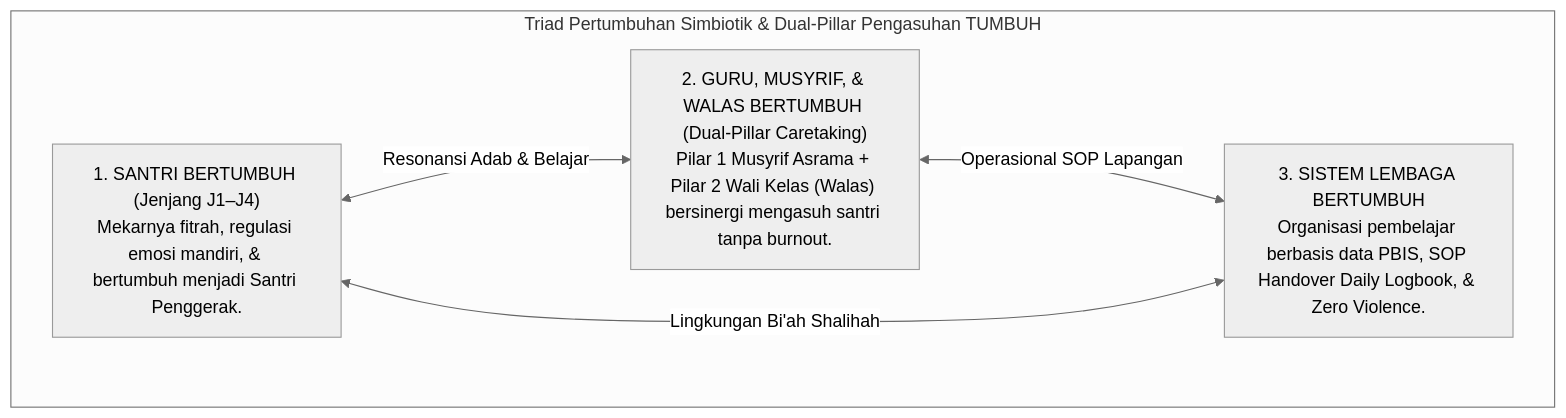
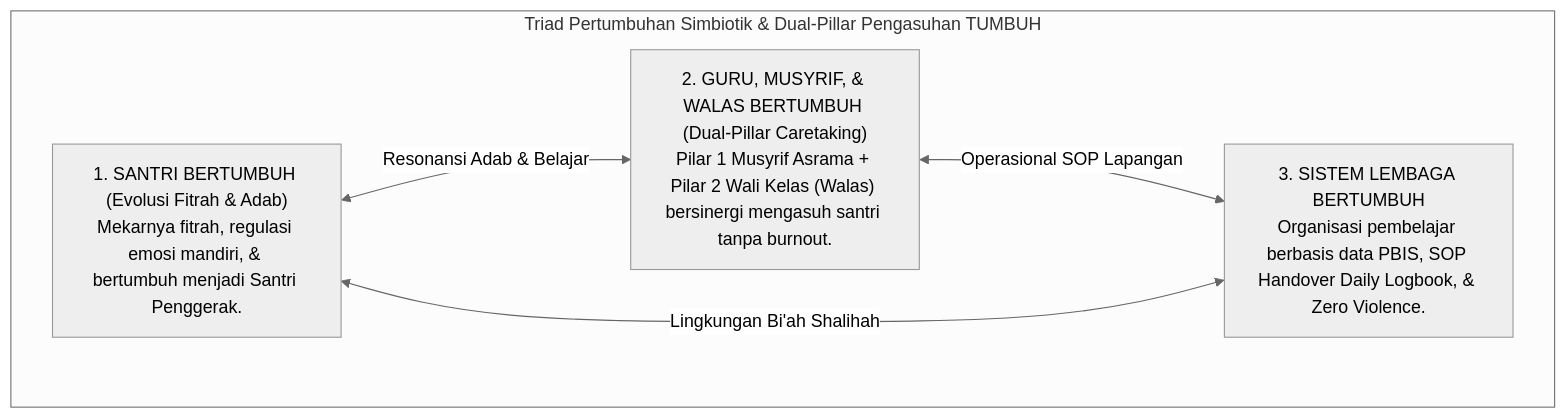
The third of 3 diagrams in 01 Philosophy/Jurnal-Monograf-Riset-Filosofi-TUMBUH.md (wandiapriliyandi/tumbuh), drawn with Mermaid (neutral theme) before and after one commit. The commit also changed other lines of this file and 62 other files, not shown here.

````diff
--- a/01 Philosophy/Jurnal-Monograf-Riset-Filosofi-TUMBUH.md
+++ b/01 Philosophy/Jurnal-Monograf-Riset-Filosofi-TUMBUH.md
@@ -77,12 +77,12 @@
 ```mermaid
 graph TD
     subgraph Model_Triad_Simbiotik["Triad Pertumbuhan Simbiotik & Dual-Pillar Pengasuhan TUMBUH"]
-        Santri["1. SANTRI BERTUMBUH (Jenjang J1–J4)<br/>Mekarnya fitrah, regulasi emosi mandiri, & bertumbuh menjadi Santri Penggerak."]
+        Santri["1. SANTRI BERTUMBUH (Evolusi Fitrah & Adab)<br/>Mekarnya fitrah, regulasi emosi mandiri, & bertumbuh menjadi Santri Penggerak."]
         Guru["2. GURU, MUSYRIF, & WALAS BERTUMBUH (Dual-Pillar Caretaking)<br/>Pilar 1 Musyrif Asrama + Pilar 2 Wali Kelas (Walas) bersinergi mengasuh santri tanpa burnout."]
         Sistem["3. SISTEM LEMBAGA BERTUMBUH<br/>Organisasi pembelajar berbasis data PBIS, SOP Handover Daily Logbook, & Zero Violence."]
     end
 
     Santri <--> |Resonansi Adab & Belajar| Guru
     Guru <--> |Operasional SOP Lapangan| Sistem
     Sistem <--> |Lingkungan Bi'ah Shalihah| Santri
 ```
````
